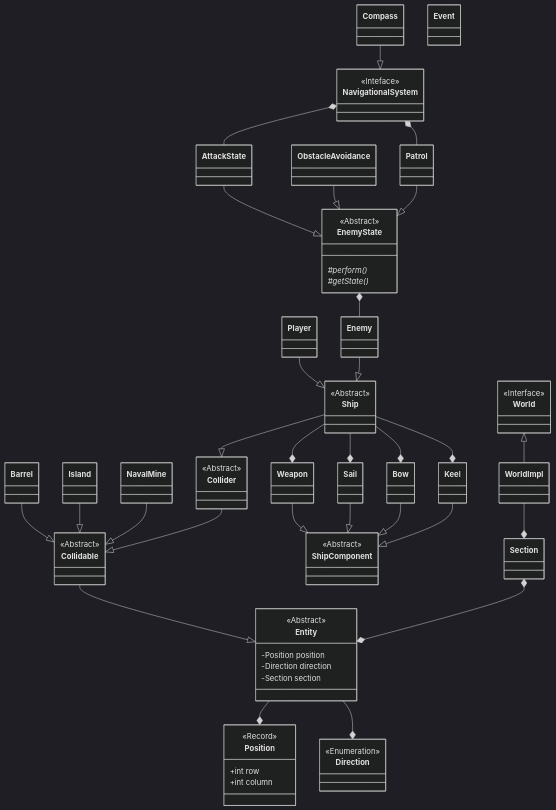
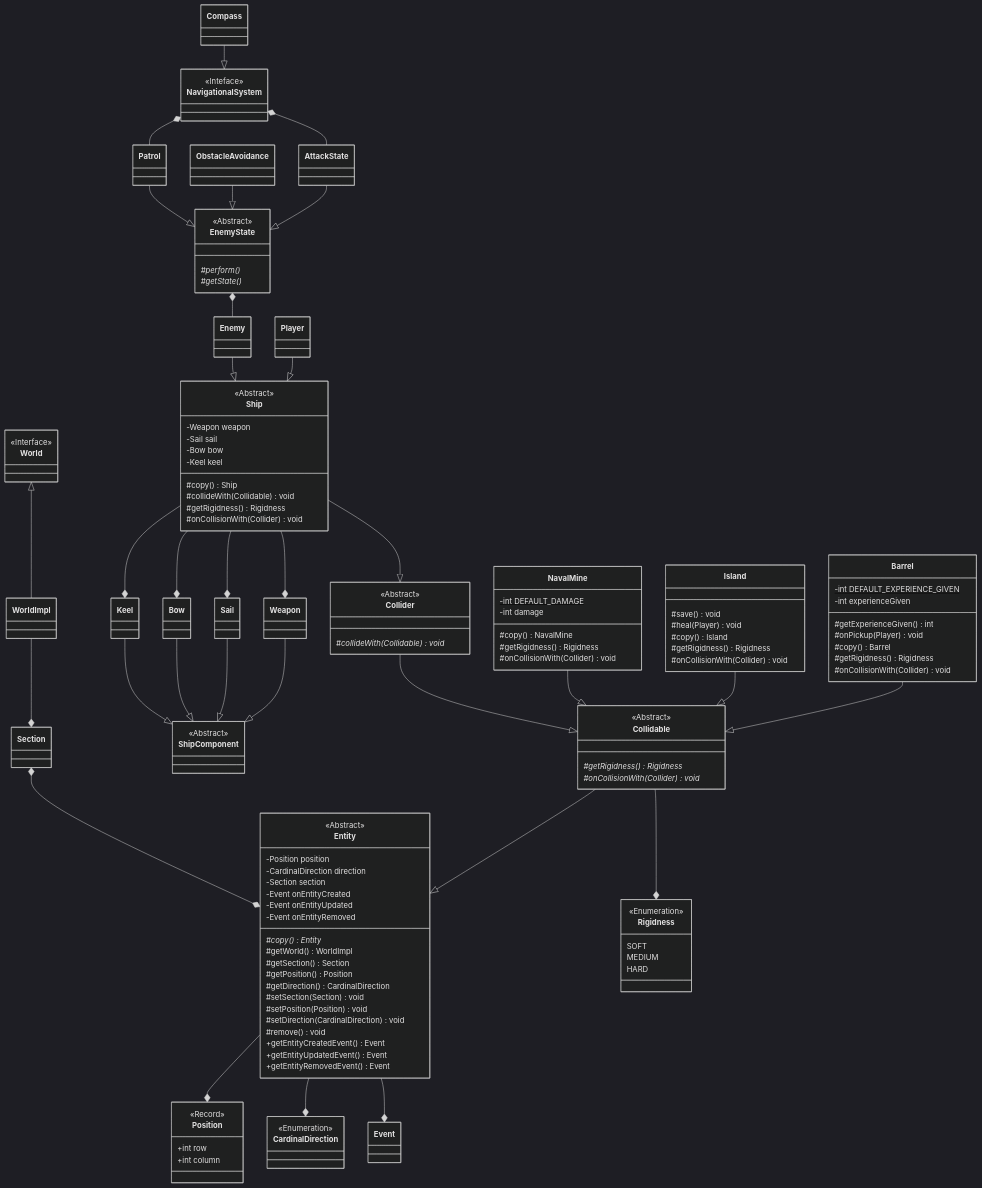
One commit to thunderingmarmot/OOP23-objectonepiece changed the diagram in report/diagrams/uml.md. Above: the diagram before and after it, drawn with Mermaid (dark theme).

Commit message:
Updated UML

````diff
--- a/report/diagrams/uml.md
+++ b/report/diagrams/uml.md
@@ -5,34 +5,85 @@
 <<Abstract>> Entity
 Entity : -Position position
 Entity --* Position
-Entity : -Direction direction
-Entity --* Direction
+Entity : -CardinalDirection direction
+Entity --* CardinalDirection
 Entity : -Section section
+Entity --* Event
+Entity : -Event onEntityCreated
+Entity : -Event onEntityUpdated
+Entity : -Event onEntityRemoved
+Entity : #copy()* Entity
+Entity : #getWorld() WorldImpl
+Entity : #getSection() Section
+Entity : #getPosition() Position
+Entity : #getDirection() CardinalDirection
+Entity : #setSection(Section) void
+Entity : #setPosition(Position) void
+Entity : #setDirection(CardinalDirection) void
+Entity : #remove() void
+Entity : +getEntityCreatedEvent() Event
+Entity : +getEntityUpdatedEvent() Event
+Entity : +getEntityRemovedEvent() Event
 
 class Collidable
 <<Abstract>> Collidable
 Collidable --|> Entity
+Collidable --* Rigidness
+Collidable : #getRigidness()* Rigidness
+Collidable : #onCollisionWith(Collider)* void
+
+class Rigidness
+<<Enumeration>> Rigidness
+Rigidness : SOFT
+Rigidness : MEDIUM
+Rigidness : HARD
 
 class Barrel
 Barrel --|> Collidable
+Barrel : -int DEFAULT_EXPERIENCE_GIVEN$
+Barrel : -int experienceGiven
+Barrel : #getExperienceGiven() int
+Barrel : #onPickup(Player) void
+Barrel : #copy() Barrel
+Barrel : #getRigidness() Rigidness
+Barrel : #onCollisionWith(Collider) void
 
 class Island
 Island --|> Collidable
+Island : #save() void
+Island : #heal(Player) void
+Island : #copy() Island
+Island : #getRigidness() Rigidness
+Island : #onCollisionWith(Collider) void
 
 class NavalMine
 NavalMine --|> Collidable
+NavalMine : -int DEFAULT_DAMAGE$
+NavalMine : -int damage
+NavalMine : #copy() NavalMine
+NavalMine : #getRigidness() Rigidness
+NavalMine : #onCollisionWith(Collider) void
 
 class Collider
 <<Abstract>> Collider
 Collider --|> Collidable
+Collider : #collideWith(Collidable)* void
 
 class Ship
 <<Abstract>> Ship
 Ship --|> Collider
+Ship : -Weapon weapon
 Ship --* Weapon
+Ship : -Sail sail
 Ship --* Sail
+Ship : -Bow bow
 Ship --* Bow
+Ship : -Keel keel
 Ship --* Keel
+Ship : #copy() Ship
+Ship : #collideWith(Collidable) void
+Ship : #getRigidness() Rigidness
+Ship : #onCollisionWith(Collider) void
 
 class ShipComponent
 <<Abstract>> ShipComponent
@@ -93,8 +144,8 @@
 Position : +int row
 Position : +int column
 
-class Direction
-<<Enumeration>> Direction
+class CardinalDirection
+<<Enumeration>> CardinalDirection
 
 class Event
 ```
````
